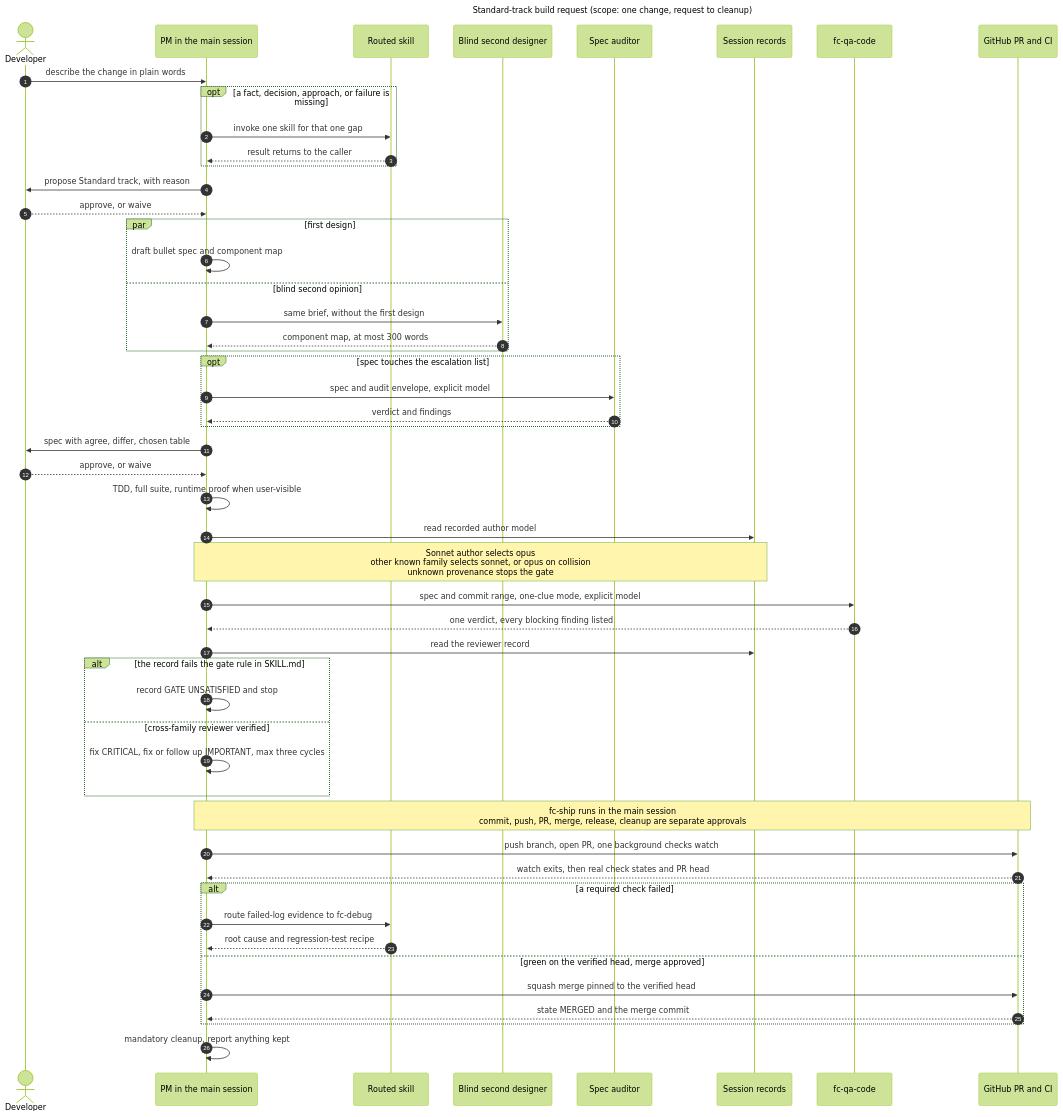
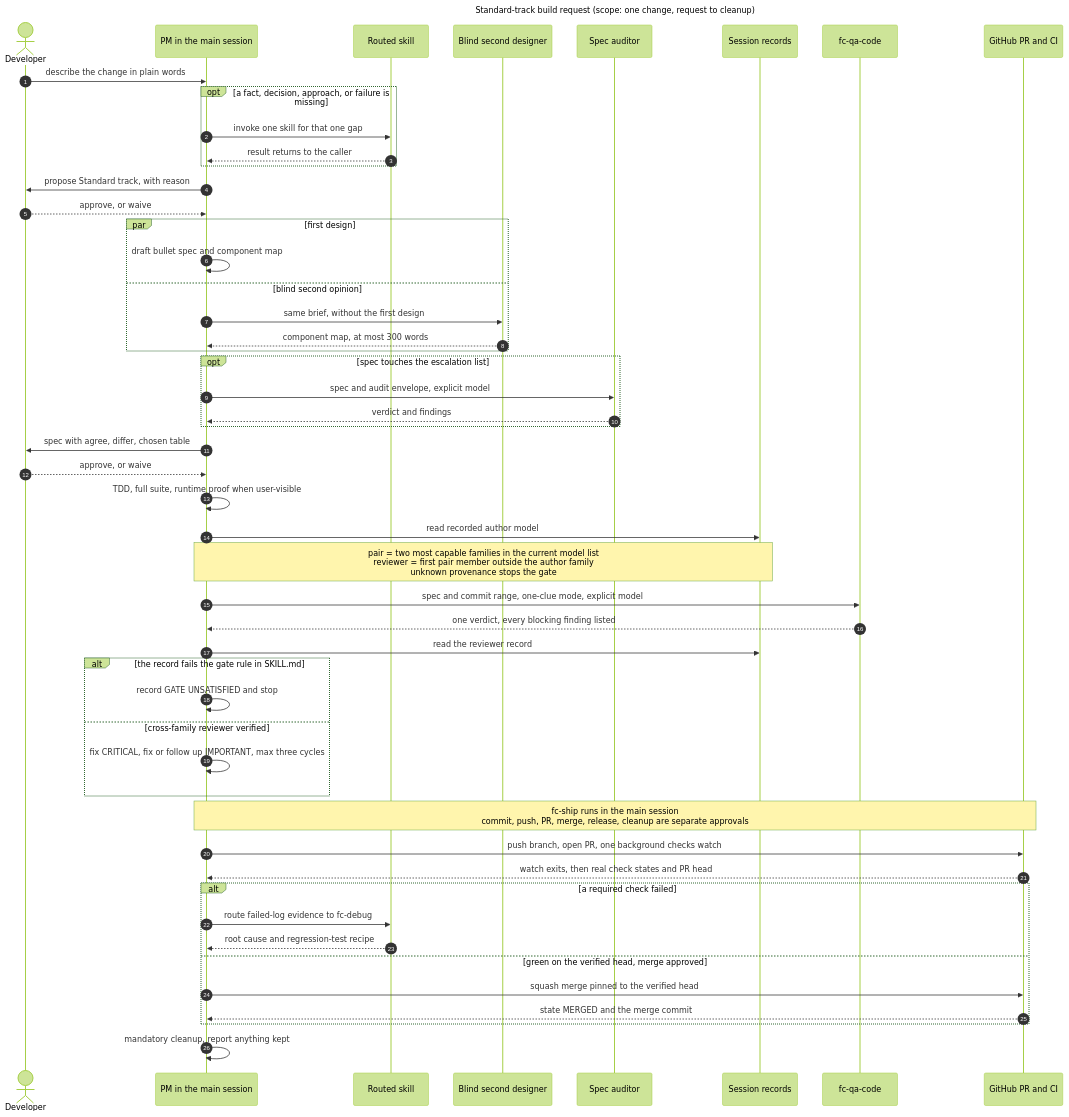
One commit to D0n9X1n/feature-crew changed the second of 2 diagrams in wiki/Architecture.md. Above: the diagram before and after it, drawn with Mermaid (forest theme). The commit also changed other lines of this file and 7 other files, not shown here.

First line of the commit message:
feat: pick the review pair dynamically and stop pinning the main agent's model (#56)

````diff
--- a/wiki/Architecture.md
+++ b/wiki/Architecture.md
@@ -73,56 +73,56 @@
 ```mermaid
 ---
 title: "Standard-track build request (scope: one change, request to cleanup)"
 ---
 sequenceDiagram
     autonumber
     actor Dev as Developer
     participant PM as PM in the main session
     participant Sub as Routed skill
     participant SD as Blind second designer
     participant Aud as Spec auditor
     participant Rec as Session records
     participant QA as fc-qa-code
     participant GH as GitHub PR and CI
     Dev->>PM: describe the change in plain words
     opt a fact, decision, approach, or failure is missing
         PM->>Sub: invoke one skill for that one gap
         Sub-->>PM: result returns to the caller
     end
     PM->>Dev: propose Standard track, with reason
     Dev-->>PM: approve, or waive
     par first design
         PM->>PM: draft bullet spec and component map
     and blind second opinion
         PM->>SD: same brief, without the first design
         SD-->>PM: component map, at most 300 words
     end
     opt spec touches the escalation list
         PM->>Aud: spec and audit envelope, explicit model
         Aud-->>PM: verdict and findings
     end
     PM->>Dev: spec with agree, differ, chosen table
     Dev-->>PM: approve, or waive
     PM->>PM: TDD, full suite, runtime proof when user-visible
     PM->>Rec: read recorded author model
-    Note over PM,Rec: Sonnet author selects opus<br/>other known family selects sonnet, or opus on collision<br/>unknown provenance stops the gate
+    Note over PM,Rec: pair = two most capable families in the current model list<br/>reviewer = first pair member outside the author family<br/>unknown provenance stops the gate
     PM->>QA: spec and commit range, one-clue mode, explicit model
     QA-->>PM: one verdict, every blocking finding listed
     PM->>Rec: read the reviewer record
     alt the record fails the gate rule in SKILL.md
         PM->>PM: record GATE UNSATISFIED and stop
     else cross-family reviewer verified
         PM->>PM: fix CRITICAL, fix or follow up IMPORTANT, max three cycles
     end
     Note over PM,GH: fc-ship runs in the main session<br/>commit, push, PR, merge, release, cleanup are separate approvals
     PM->>GH: push branch, open PR, one background checks watch
     GH-->>PM: watch exits, then real check states and PR head
     alt a required check failed
         PM->>Sub: route failed-log evidence to fc-debug
         Sub-->>PM: root cause and regression-test recipe
     else green on the verified head, merge approved
         PM->>GH: squash merge pinned to the verified head
         GH-->>PM: state MERGED and the merge commit
     end
     PM->>PM: mandatory cleanup, report anything kept
 ```
````
